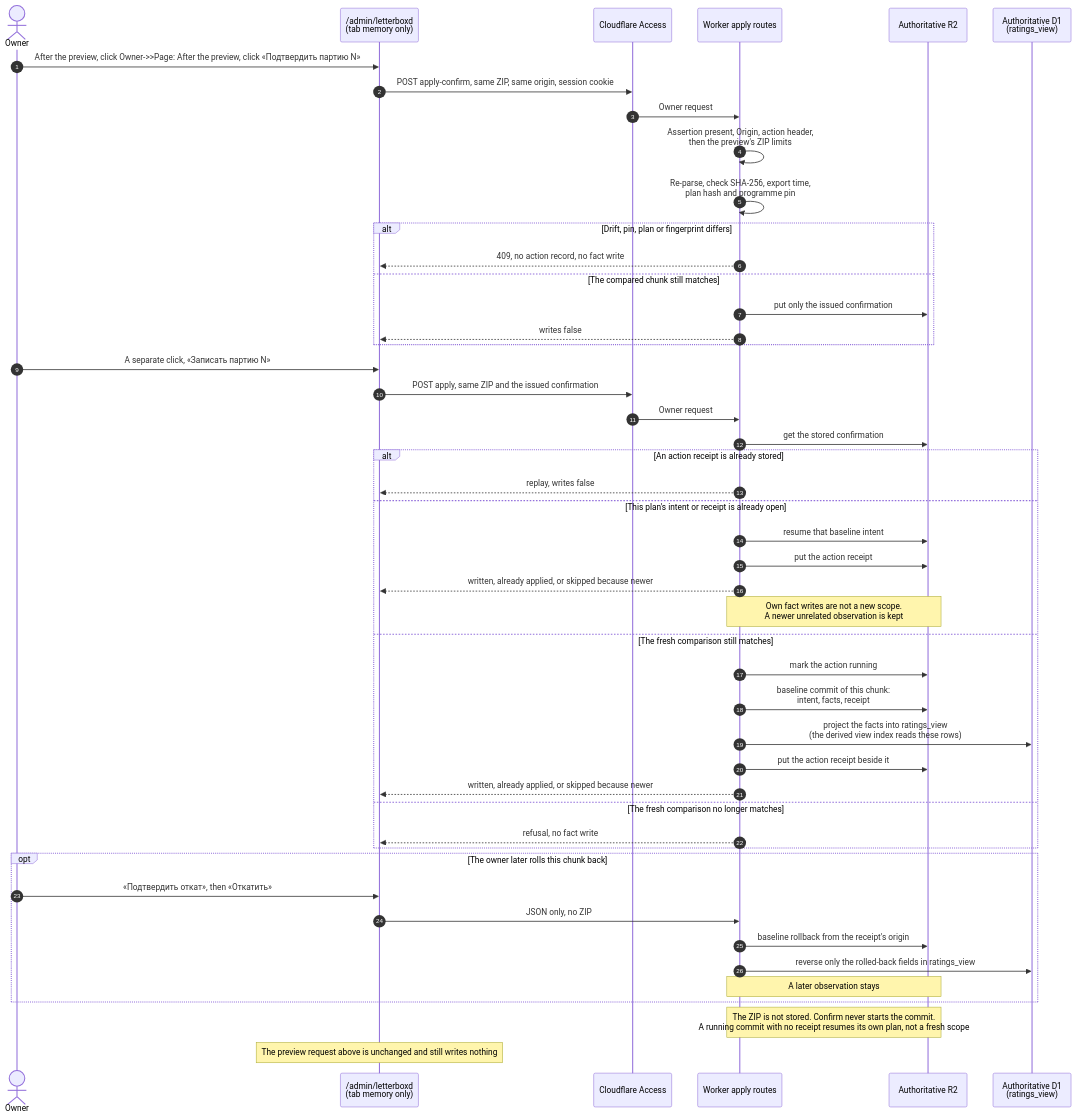
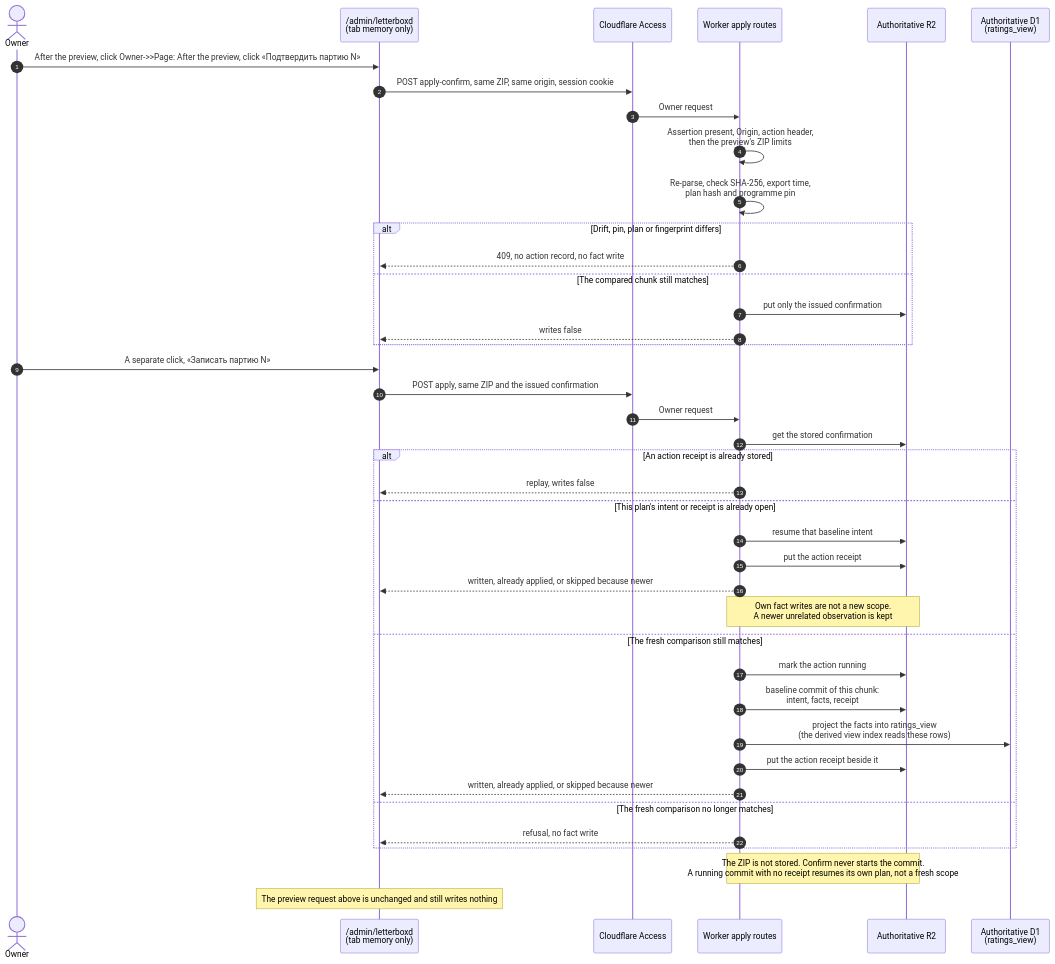
Before and after one commit to vladimino/iptv-watchlist: the fourth of 4 diagrams in docs/architecture/letterboxd-ingestion.md, drawn with Mermaid. The commit also changed other lines of this file and 47 other files, not shown here.

First line of the commit message:
AIR-558: ADR 0192 final scope (owner-approved A-B-A-A-C): retire archive rollback/unlink, backfill routes removed

````diff
--- a/docs/architecture/letterboxd-ingestion.md
+++ b/docs/architecture/letterboxd-ingestion.md
@@ -118,50 +118,43 @@
 ```mermaid
 sequenceDiagram
     autonumber
     actor Owner
     participant Page as /admin/letterboxd<br/>(tab memory only)
     participant Access as Cloudflare Access
     participant Worker as Worker apply routes
     participant R2 as Authoritative R2
     participant D1 as Authoritative D1<br/>(ratings_view)
     Owner->>Page: After the preview, click    Owner->>Page: After the preview, click «Подтвердить партию N»
     Page->>Access: POST apply-confirm, same ZIP, same origin, session cookie
     Access->>Worker: Owner request
     Worker->>Worker: Assertion present, Origin, action header,<br/>then the preview's ZIP limits
     Worker->>Worker: Re-parse, check SHA-256, export time,<br/>plan hash and programme pin
     alt Drift, pin, plan or fingerprint differs
         Worker-->>Page: 409, no action record, no fact write
     else The compared chunk still matches
         Worker->>R2: put only the issued confirmation
         Worker-->>Page: writes false
     end
     Owner->>Page: A separate click, «Записать партию N»
     Page->>Access: POST apply, same ZIP and the issued confirmation
     Access->>Worker: Owner request
     Worker->>R2: get the stored confirmation
     alt An action receipt is already stored
         Worker-->>Page: replay, writes false
     else This plan's intent or receipt is already open
         Worker->>R2: resume that baseline intent
         Worker->>R2: put the action receipt
         Worker-->>Page: written, already applied, or skipped because newer
         Note over Worker,R2: Own fact writes are not a new scope.<br/>A newer unrelated observation is kept
     else The fresh comparison still matches
         Worker->>R2: mark the action running
         Worker->>R2: baseline commit of this chunk:<br/>intent, facts, receipt
         Worker->>D1: project the facts into ratings_view<br/>(the derived view index reads these rows)
         Worker->>R2: put the action receipt beside it
         Worker-->>Page: written, already applied, or skipped because newer
     else The fresh comparison no longer matches
         Worker-->>Page: refusal, no fact write
     end
-    opt The owner later rolls this chunk back
-        Owner->>Page: «Подтвердить откат», then «Откатить»
-        Page->>Worker: JSON only, no ZIP
-        Worker->>R2: baseline rollback from the receipt's origin
-        Worker->>D1: reverse only the rolled-back fields in ratings_view
-        Note over Worker,R2: A later observation stays
-    end
     Note over Worker,R2: The ZIP is not stored. Confirm never starts the commit.<br/>A running commit with no receipt resumes its own plan, not a fresh scope
     Note over Page: The preview request above is unchanged and still writes nothing
 ```
````
